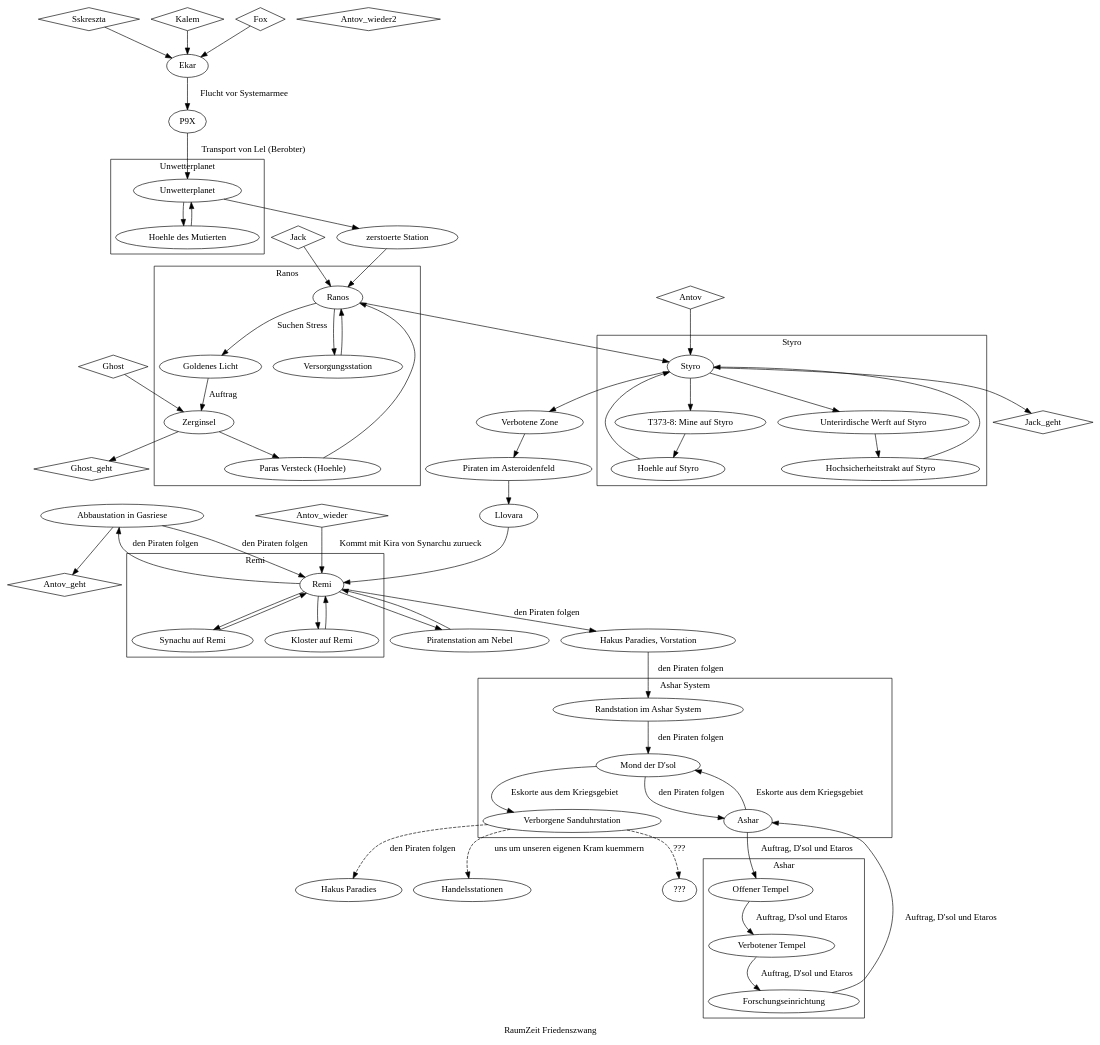
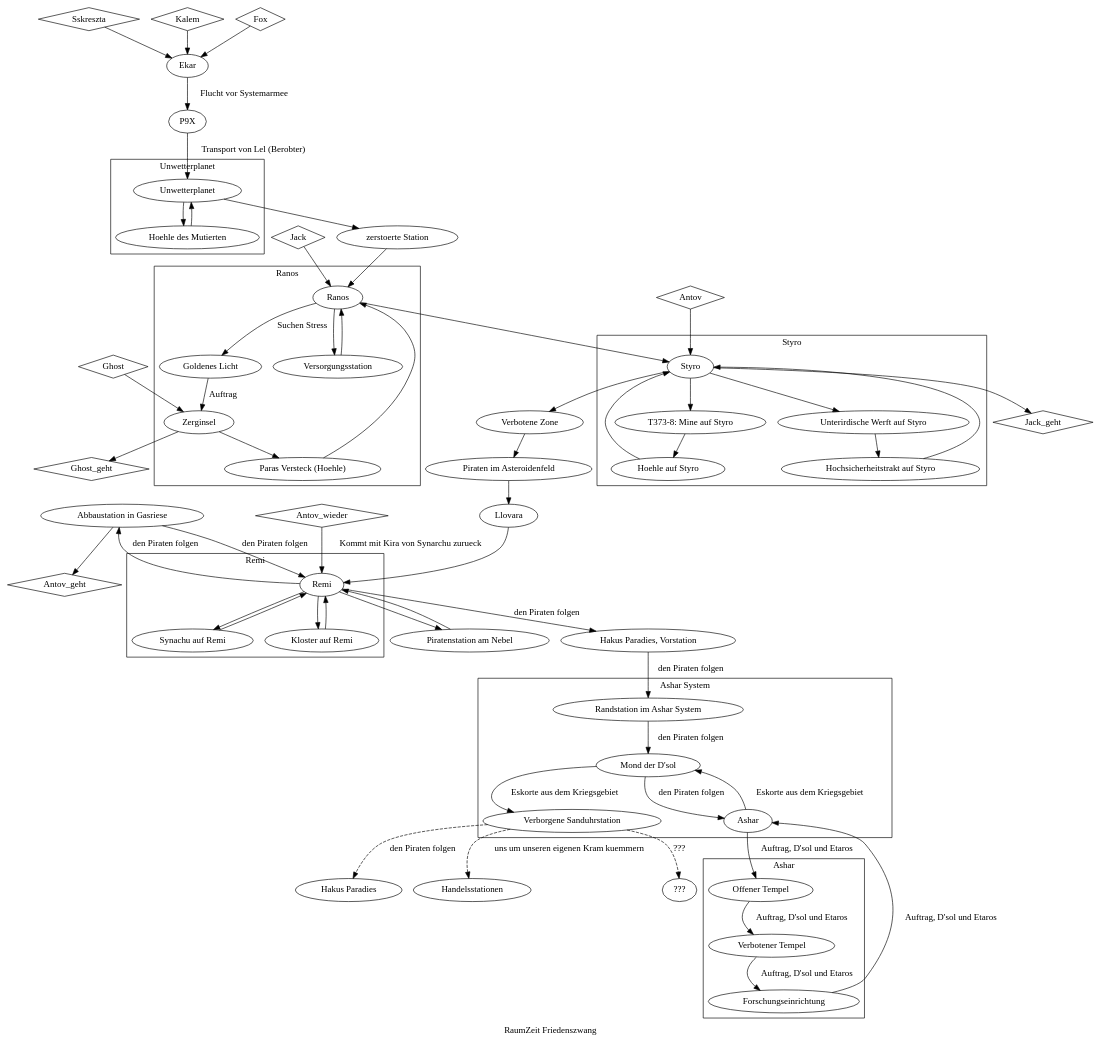
Before and after one commit to vaibhav-gupt/Hg: the diagram in RaumZeit/Charaktere/Sskreszta/stationen_unserer_reise.dot, drawn with Graphviz.

Commit message:
Feinschliff.

```diff
--- a/RaumZeit/Charaktere/Sskreszta/stationen_unserer_reise.dot
+++ b/RaumZeit/Charaktere/Sskreszta/stationen_unserer_reise.dot
@@ -1,87 +1,87 @@
 digraph G {
     name = "RaumZeit Friedenszwang"
     label = "RaumZeit Friedenszwang"
     // Personen
-    node [shape="diamond"] Sskreszta; Kalem; Fox; Jack; Jack_geht; Ghost; Ghost_geht; Antov; Antov_geht; Antov_wieder; Antov_wieder2
+    node [shape="diamond"] Sskreszta; Kalem; Fox; Jack; Jack_geht; Ghost; Ghost_geht; Antov; Antov_geht; Antov_wieder
     
     node [shape=""]
     // dazugestoßen 
     Sskreszta -> Ekar
     Kalem -> Ekar
     Fox -> Ekar
     Jack -> Ranos
     Ghost -> Zerginsel 
     Antov -> Styro
     
     // verlassen
     Zerginsel -> Ghost_geht
     Styro -> Jack_geht
     "Abbaustation in Gasriese" -> Antov_geht
 
     // wiedergekommen
     edge [label="Kommt mit Kira von Synarchu zurueck"]
     Antov_wieder -> Remi
     
     // Der Weg
     edge [label="Flucht vor Systemarmee"] Ekar -> P9X 
     edge [label="Transport von Lel (Berobter)"] P9X -> Unwetterplanet
     edge [label=""]
     Unwetterplanet -> "zerstoerte Station" -> Ranos -> Styro -> "Verbotene Zone" -> "Piraten im Asteroidenfeld" -> Llovara -> Remi -> "Piratenstation am Nebel" -> Remi
 
     edge [label="den Piraten folgen"] Remi -> "Abbaustation in Gasriese" -> Remi
     Remi -> "Hakus Paradies, Vorstation" -> "Randstation im Ashar System"
 
     // Wie es weitergehen koennte. 
     edge [style="dashed"]
     edge [label="den Piraten folgen"] "Verborgene Sanduhrstation" -> "Hakus Paradies"
     edge [label="uns um unseren eigenen Kram kuemmern"] "Verborgene Sanduhrstation" -> "Handelsstationen"
     edge [label="???"] "Verborgene Sanduhrstation" -> "???"
     
     edge [label="" style=""]
     // Beschreibungen
         
         // Ereignisse auf dem Unwetterplaneten
         subgraph cluster0 {
             name = Unwetterplanet
             label = Unwetterplanet
             Unwetterplanet -> "Hoehle des Mutierten" -> Unwetterplanet
         }
         
         // Ereignisse in Ranos
         subgraph cluster1 {
             name = Ranos
             label = Ranos
             edge [label="Suchen Stress"]Ranos -> "Goldenes Licht"
             edge [label="Auftrag"] "Goldenes Licht" -> Zerginsel
             edge [label=""] Zerginsel -> "Paras Versteck (Hoehle)" -> Ranos -> Versorgungsstation -> Ranos
         }
         
         // Ereignisse in Styro
         subgraph cluster2 {
             name = Styro
             label = Styro
             Styro -> "T373-8: Mine auf Styro" ->  "Hoehle auf Styro" -> Styro -> "Unterirdische Werft auf Styro" -> "Hochsicherheitstrakt auf Styro" -> Styro 
         }
         
         // Ereignisse auf Remi
         subgraph cluster3 { 
             name = Remi
             label = Remi
             Remi -> "Synachu auf Remi" -> Remi -> "Kloster auf Remi" -> Remi
         }
 
         // Ereignisse bei Ashar
         subgraph cluster4 { 
             name = "Ashar System"
             label = "Ashar System"
             edge [label="den Piraten folgen"] "Randstation im Ashar System" -> "Mond der D'sol" -> "Ashar" 
             edge [label="Eskorte aus dem Kriegsgebiet"] Ashar -> "Mond der D'sol" -> "Verborgene Sanduhrstation"
         }
 
         // Ereignisse auf Ashar
         subgraph cluster5 { 
             name = "Ashar"
             label = "Ashar"
             edge [label="Auftrag, D'sol und Etaros"] Ashar -> "Offener Tempel" -> "Verbotener Tempel" -> Forschungseinrichtung -> Ashar
         }
 }
```
